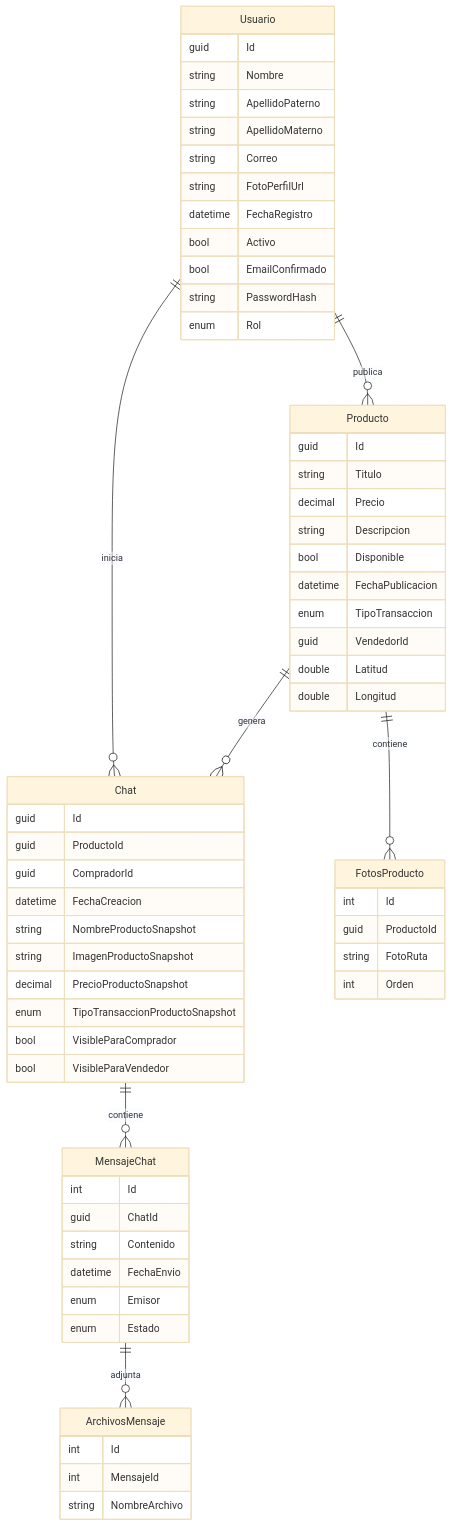
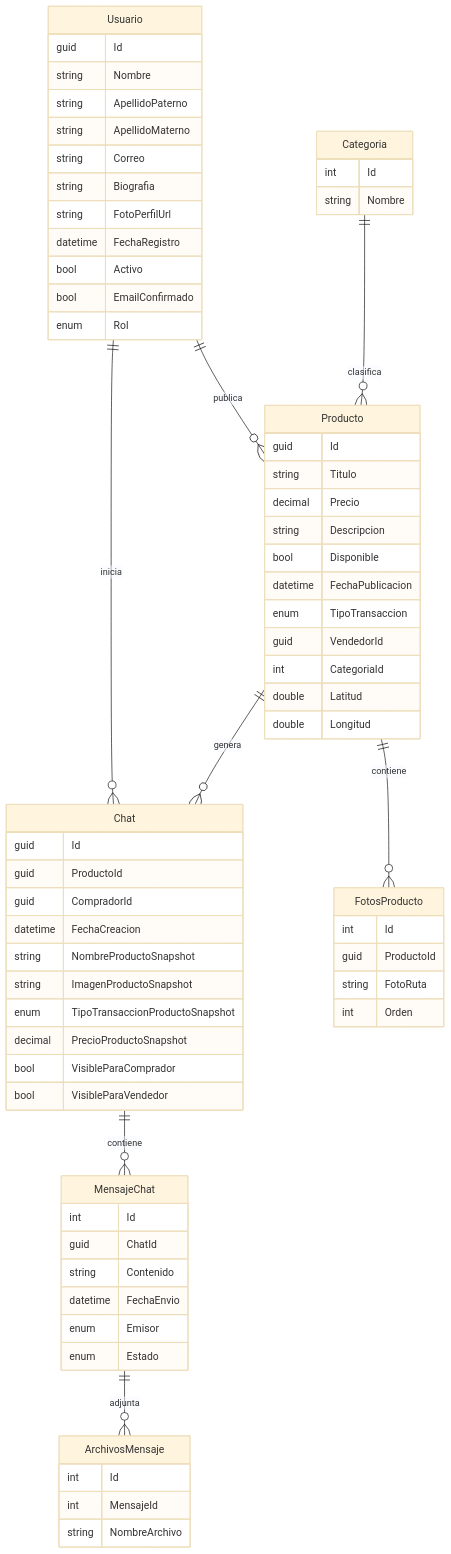
One commit to SounderBloom/api-tienda-web-odi changed the diagram in README.md. Above: the diagram before and after it, drawn with Mermaid (base theme). The commit also changed 17 other files, not shown here.

````diff
--- a/README.md
+++ b/README.md
@@ -20,72 +20,79 @@
 ```mermaid
 erDiagram
 
     Usuario ||--o{ Producto : publica
+    Categoria ||--o{ Producto : clasifica
     Usuario ||--o{ Chat : inicia
     Producto ||--o{ FotosProducto : contiene
     Producto ||--o{ Chat : genera
     Chat ||--o{ MensajeChat : contiene
     MensajeChat ||--o{ ArchivosMensaje : adjunta
 
     Usuario {
         guid Id
         string Nombre
         string ApellidoPaterno
         string ApellidoMaterno
         string Correo
+        string Biografia
         string FotoPerfilUrl
         datetime FechaRegistro
         bool Activo
         bool EmailConfirmado
-        string PasswordHash
         enum Rol
+    }
+
+    Categoria {
+        int Id
+        string Nombre
     }
 
     Producto {
         guid Id
         string Titulo
         decimal Precio
         string Descripcion
         bool Disponible
         datetime FechaPublicacion
         enum TipoTransaccion
         guid VendedorId
+        int CategoriaId
         double Latitud
         double Longitud
     }
 
     FotosProducto {
         int Id
         guid ProductoId
         string FotoRuta
         int Orden
     }
 
     Chat {
         guid Id
         guid ProductoId
         guid CompradorId
         datetime FechaCreacion
         string NombreProductoSnapshot
         string ImagenProductoSnapshot
+        enum TipoTransaccionProductoSnapshot
         decimal PrecioProductoSnapshot
-        enum TipoTransaccionProductoSnapshot
         bool VisibleParaComprador
         bool VisibleParaVendedor
     }
 
     MensajeChat {
         int Id
         guid ChatId
         string Contenido
         datetime FechaEnvio
         enum Emisor
         enum Estado
     }
 
     ArchivosMensaje {
         int Id
         int MensajeId
         string NombreArchivo
     }
 ```
````
